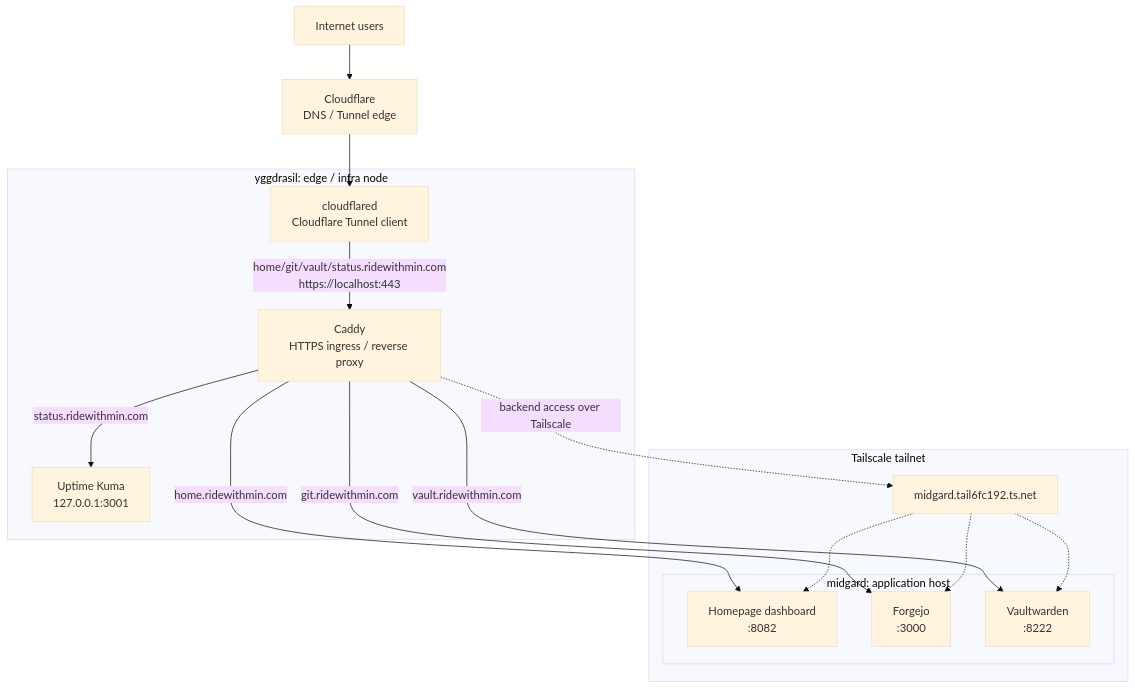
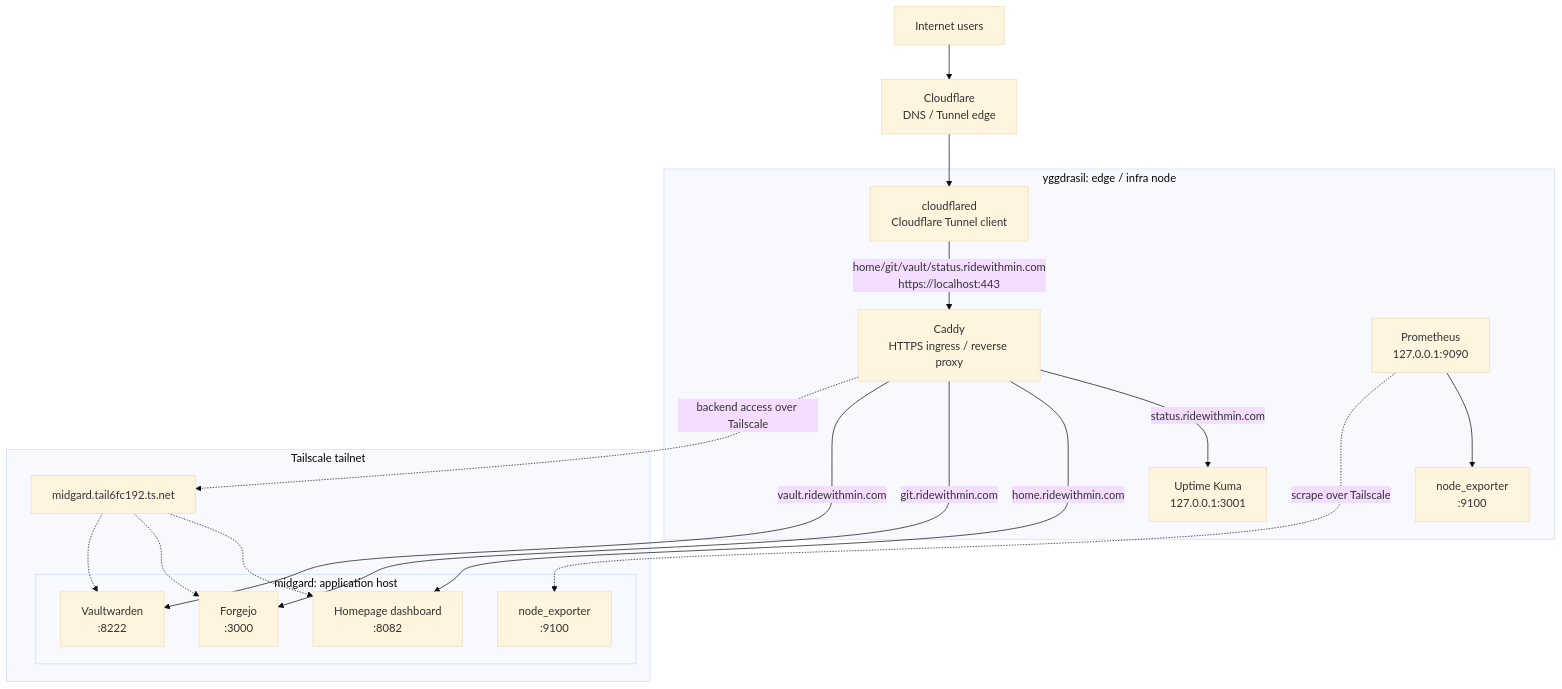
Before and after one commit to smg1024/homelab: the first of 2 diagrams in README-ko.md, drawn with Mermaid (base theme). The commit also changed other lines of this file and 1 other file, not shown here.

Commit message:
Document Prometheus monitoring

````diff
--- a/README-ko.md
+++ b/README-ko.md
@@ -13,35 +13,41 @@
 ```mermaid
 flowchart TD
     internet["Internet users"]
     cloudflare["Cloudflare<br/>DNS / Tunnel edge"]
 
     subgraph yggdrasil["yggdrasil: edge / infra node"]
         cloudflared["cloudflared<br/>Cloudflare Tunnel client"]
         caddy["Caddy<br/>HTTPS ingress / reverse proxy"]
         kuma["Uptime Kuma<br/>127.0.0.1:3001"]
+        prometheus["Prometheus<br/>127.0.0.1:9090"]
+        yNodeExporter["node_exporter<br/>:9100"]
     end
 
     subgraph tailnet["Tailscale tailnet"]
         midgardDns["midgard.tail6fc192.ts.net"]
 
         subgraph midgard["midgard: application host"]
             homepage["Homepage dashboard<br/>:8082"]
             forgejo["Forgejo<br/>:3000"]
             vaultwarden["Vaultwarden<br/>:8222"]
+            mNodeExporter["node_exporter<br/>:9100"]
         end
     end
 
     internet --> cloudflare
     cloudflare --> cloudflared
     cloudflared -->|"home/git/vault/status.ridewithmin.com<br/>https://localhost:443"| caddy
 
     caddy -->|"status.ridewithmin.com"| kuma
     caddy -->|"home.ridewithmin.com"| homepage
     caddy -->|"git.ridewithmin.com"| forgejo
     caddy -->|"vault.ridewithmin.com"| vaultwarden
 
     caddy -.->|backend access over Tailscale| midgardDns
     midgardDns -.-> homepage
     midgardDns -.-> forgejo
     midgardDns -.-> vaultwarden
+
+    prometheus --> yNodeExporter
+    prometheus -.->|scrape over Tailscale| mNodeExporter
 ```
````
